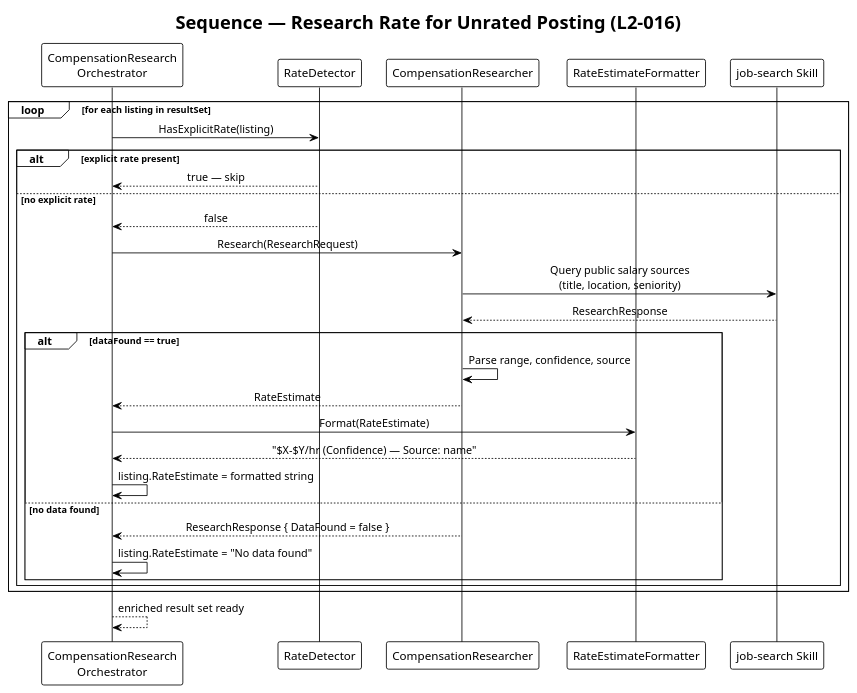
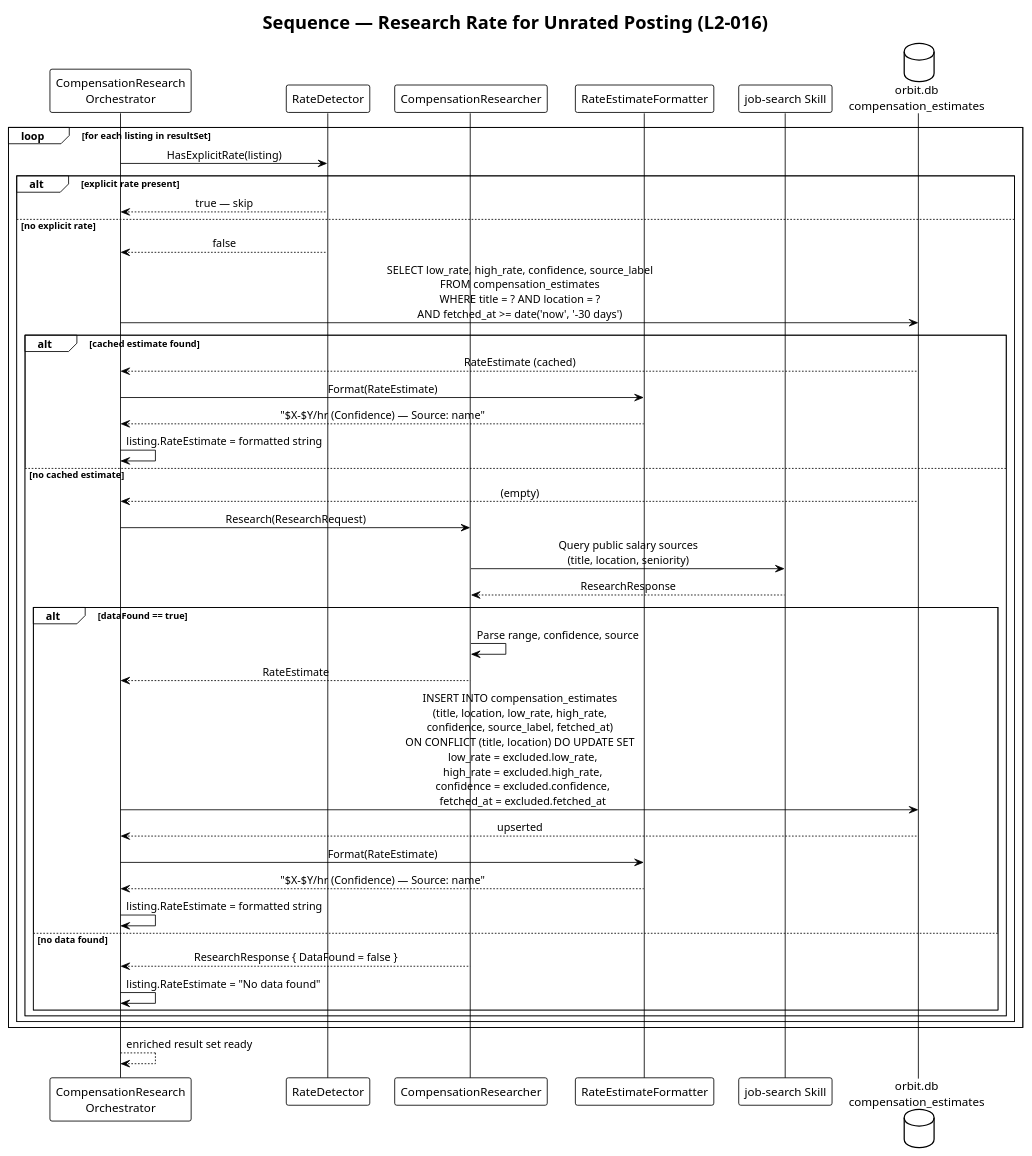
Before and after one commit to QuinntyneBrown/Orbit: the diagram in docs/detailed-designs/07-compensation-research/diagrams/sequence_research_rate.puml, drawn with PlantUML. The commit also changed 4 other files, not shown here.

Commit message:
Update sequence diagrams for search history, compensation research, interview prep, and recruiter management

```diff
--- a/docs/detailed-designs/07-compensation-research/diagrams/sequence_research_rate.puml
+++ b/docs/detailed-designs/07-compensation-research/diagrams/sequence_research_rate.puml
@@ -1,36 +1,49 @@
 @startuml sequence_research_rate
 !theme plain
 skinparam sequenceMessageAlign center
 
 title Sequence — Research Rate for Unrated Posting (L2-016)
 
 participant "CompensationResearch\nOrchestrator" as Orch
 participant "RateDetector" as Detector
 participant "CompensationResearcher" as Researcher
 participant "RateEstimateFormatter" as Formatter
 participant "job-search Skill" as Skill
+database "orbit.db\ncompensation_estimates" as DB
 
 loop for each listing in resultSet
     Orch -> Detector : HasExplicitRate(listing)
     alt explicit rate present
         Detector --> Orch : true — skip
     else no explicit rate
         Detector --> Orch : false
-        Orch -> Researcher : Research(ResearchRequest)
-        Researcher -> Skill : Query public salary sources\n(title, location, seniority)
-        Skill --> Researcher : ResearchResponse
-        alt dataFound == true
-            Researcher -> Researcher : Parse range, confidence, source
-            Researcher --> Orch : RateEstimate
+
+        Orch -> DB : SELECT low_rate, high_rate, confidence, source_label\nFROM compensation_estimates\nWHERE title = ? AND location = ?\nAND fetched_at >= date('now', '-30 days')
+        alt cached estimate found
+            DB --> Orch : RateEstimate (cached)
             Orch -> Formatter : Format(RateEstimate)
             Formatter --> Orch : "$X–$Y/hr (Confidence) — Source: name"
             Orch -> Orch : listing.RateEstimate = formatted string
-        else no data found
-            Researcher --> Orch : ResearchResponse { DataFound = false }
-            Orch -> Orch : listing.RateEstimate = "No data found"
+        else no cached estimate
+            DB --> Orch : (empty)
+            Orch -> Researcher : Research(ResearchRequest)
+            Researcher -> Skill : Query public salary sources\n(title, location, seniority)
+            Skill --> Researcher : ResearchResponse
+            alt dataFound == true
+                Researcher -> Researcher : Parse range, confidence, source
+                Researcher --> Orch : RateEstimate
+                Orch -> DB : INSERT INTO compensation_estimates\n(title, location, low_rate, high_rate,\nconfidence, source_label, fetched_at)\nON CONFLICT (title, location) DO UPDATE SET\n  low_rate = excluded.low_rate,\n  high_rate = excluded.high_rate,\n  confidence = excluded.confidence,\n  fetched_at = excluded.fetched_at
+                DB --> Orch : upserted
+                Orch -> Formatter : Format(RateEstimate)
+                Formatter --> Orch : "$X–$Y/hr (Confidence) — Source: name"
+                Orch -> Orch : listing.RateEstimate = formatted string
+            else no data found
+                Researcher --> Orch : ResearchResponse { DataFound = false }
+                Orch -> Orch : listing.RateEstimate = "No data found"
+            end
         end
     end
 end
 Orch --> Orch : enriched result set ready
 
 @enduml
```
